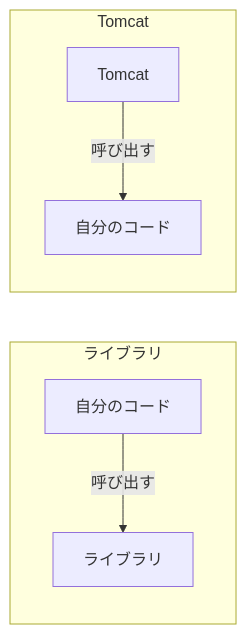
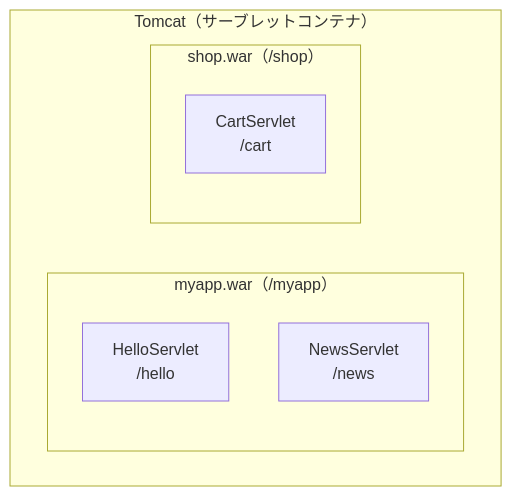
The diagram in servlet/02-servlet-and-tomcat/03-what-is-tomcat.md (Appricot144/teaching-material), drawn with Mermaid before and after one commit. The commit also changed other lines of this file and 3 other files, not shown here.

````diff
--- a/servlet/02-servlet-and-tomcat/03-what-is-tomcat.md
+++ b/servlet/02-servlet-and-tomcat/03-what-is-tomcat.md
@@ -25,9 +42,15 @@
 ```mermaid
-flowchart LR
-    subgraph L["ライブラリ"]
-        A1["自分のコード"] -- 呼び出す --> B1["ライブラリ"]
-    end
-    subgraph T["Tomcat"]
-        A2["Tomcat"] -- 呼び出す --> B2["自分のコード"]
+flowchart TB
+    subgraph T["Tomcat（サーブレットコンテナ）"]
+        direction LR
+        subgraph A1["myapp.war（/myapp）"]
+            direction TB
+            S1["HelloServlet<br/>/hello"]
+            S2["NewsServlet<br/>/news"]
+        end
+        subgraph A2["shop.war（/shop）"]
+            direction TB
+            S3["CartServlet<br/>/cart"]
+        end
     end
 ```
````
